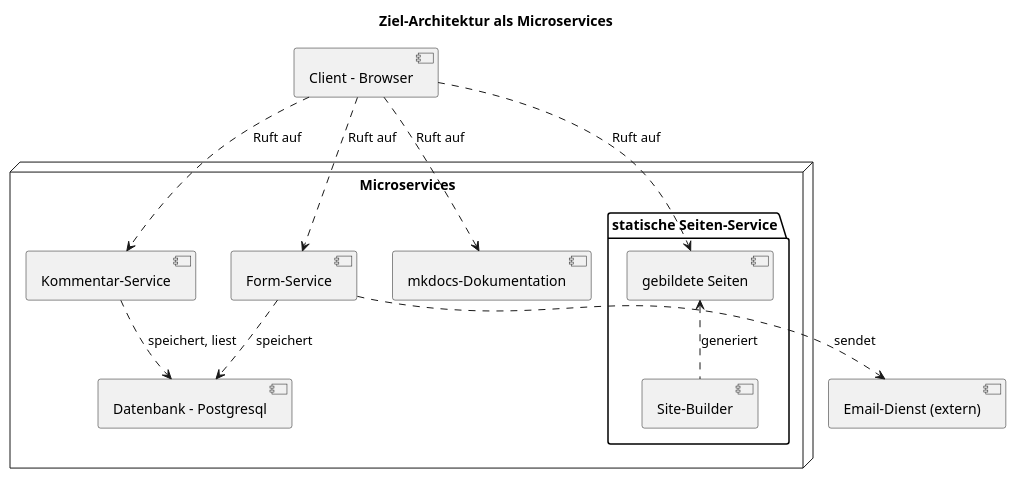
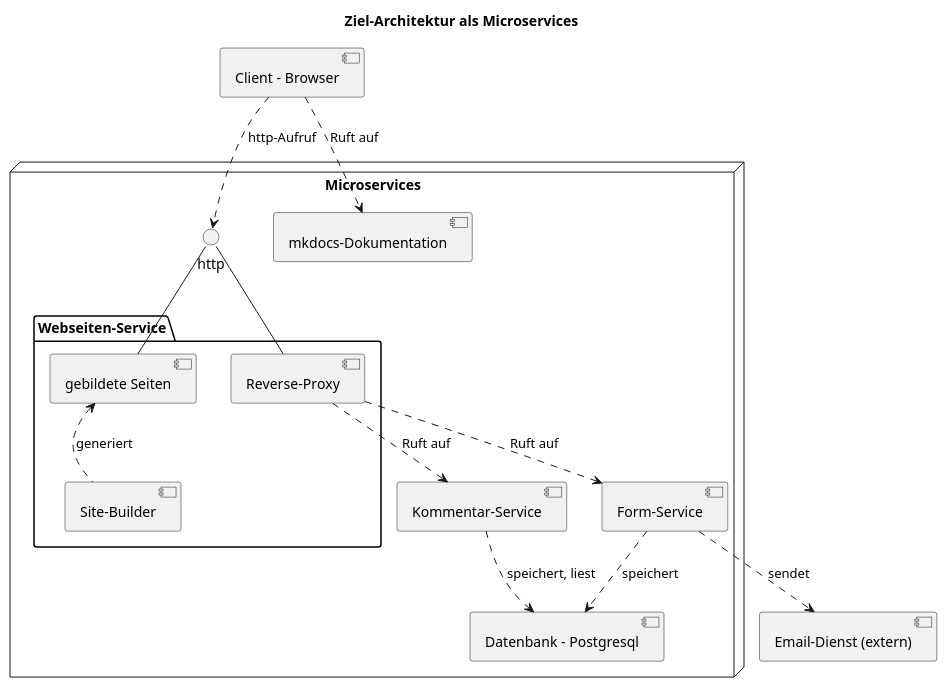
Before and after one commit to bylexus/m347-dienste-mit-containern-unterricht: the diagram in 001_start/microservice_arch.puml, drawn with PlantUML. The commit also changed 40 other files, not shown here.

```diff
--- a/001_start/microservice_arch.puml
+++ b/001_start/microservice_arch.puml
@@ -2,26 +2,30 @@
 @startuml
 title Ziel-Architektur als Microservices
 
 [Client - Browser] as client
 node "Microservices" {
-	package "statische Seiten-Service" as static_site {
+	() http as http_interface
+	package "Webseiten-Service" as static_site {
 		[gebildete Seiten] as build_site
 		[Site-Builder] as site_builder
+		[Reverse-Proxy] as proxy
 	}
 	[Form-Service] as form_backend
 	[Kommentar-Service] as comment_backend
 	[Datenbank - Postgresql] as db
 	[mkdocs-Dokumentation] as doc
 }
 
 [Email-Dienst (extern)] as email
 
-client ..> build_site: Ruft auf
+client ..> http_interface: http-Aufruf
+http_interface -- build_site
+http_interface -- proxy
 client ..> doc: Ruft auf
-client ..> form_backend: Ruft auf
-client ..> comment_backend: Ruft auf
+proxy ..> form_backend: Ruft auf
+proxy ..> comment_backend: Ruft auf
 form_backend ..> email: sendet
 form_backend ..> db: speichert
 comment_backend ..> db: speichert, liest
 site_builder .up.> build_site: generiert
 @enduml
```
